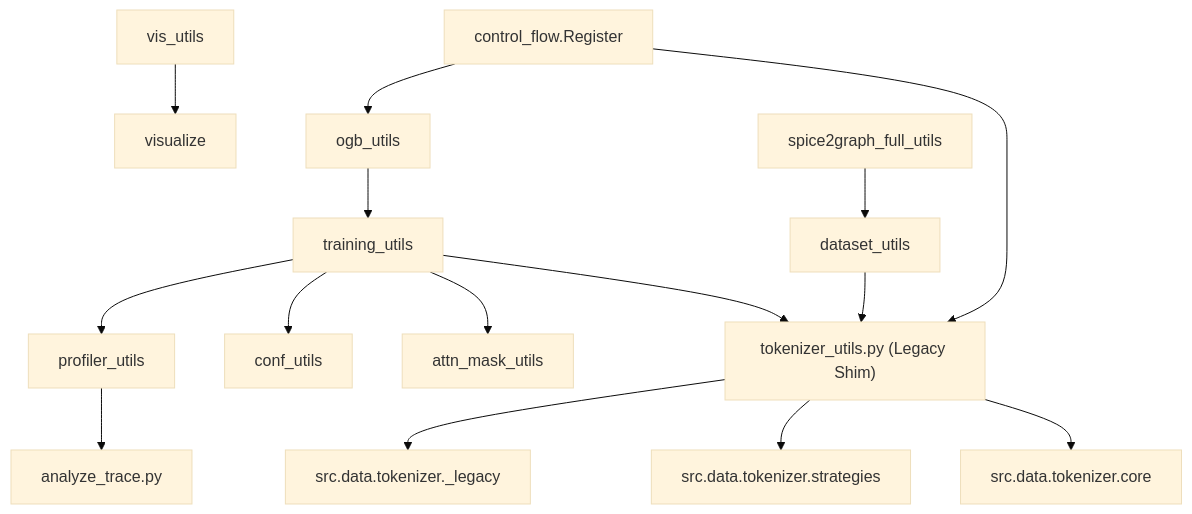
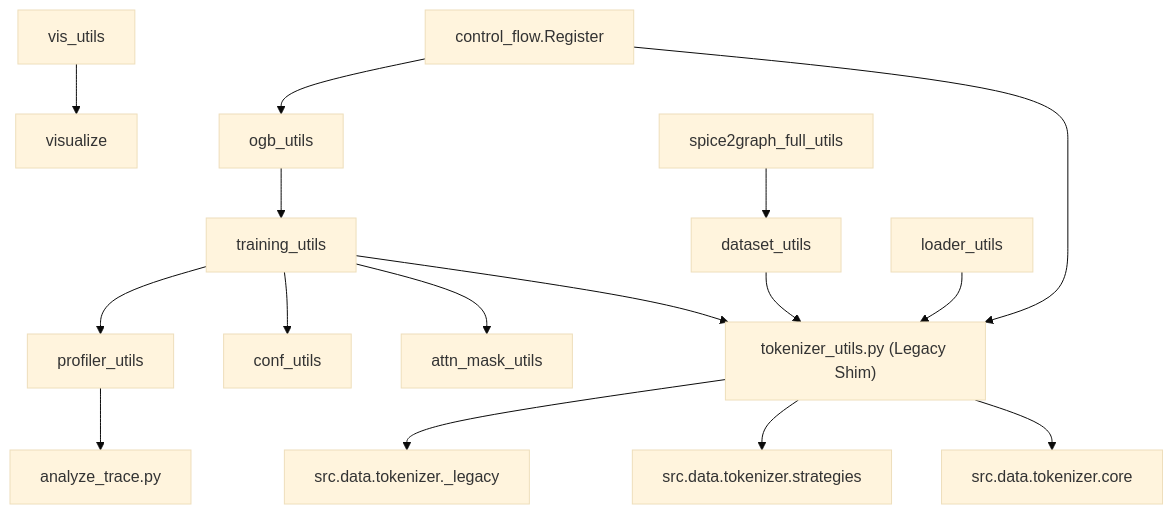
Before and after one commit to alibaba/graph-gpt: the third of 3 diagrams in .qoder/repowiki/en/content/Utility Functions/Utility Functions.md, drawn with Mermaid (base theme). The commit also changed other lines of this file and 6 other files, not shown here.

````diff
--- a/.qoder/repowiki/en/content/Utility Functions/Utility Functions.md
+++ b/.qoder/repowiki/en/content/Utility Functions/Utility Functions.md
@@ -516,17 +562,18 @@
 ```mermaid
 graph TB
 CF["control_flow.Register"] --> TU["tokenizer_utils.py (Legacy Shim)"]
 TU --> T1["src.data.tokenizer.core"]
 TU --> T2["src.data.tokenizer.strategies"]
 TU --> T3["src.data.tokenizer._legacy"]
 CF --> OU["ogb_utils"]
 TR["training_utils"] --> TU
 TR --> AMU["attn_mask_utils"]
 TR --> CU["conf_utils"]
 TR --> PR["profiler_utils"]
 DU["dataset_utils"] --> TU
 OU --> TR
 VI["vis_utils"] --> VL["visualize"]
 SU["spice2graph_full_utils"] --> DU
 PR --> TA["analyze_trace.py"]
+LU["loader_utils"] --> TU
 ```
````
